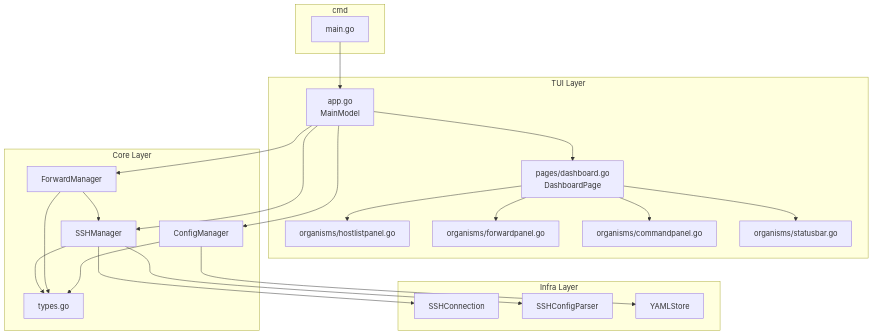
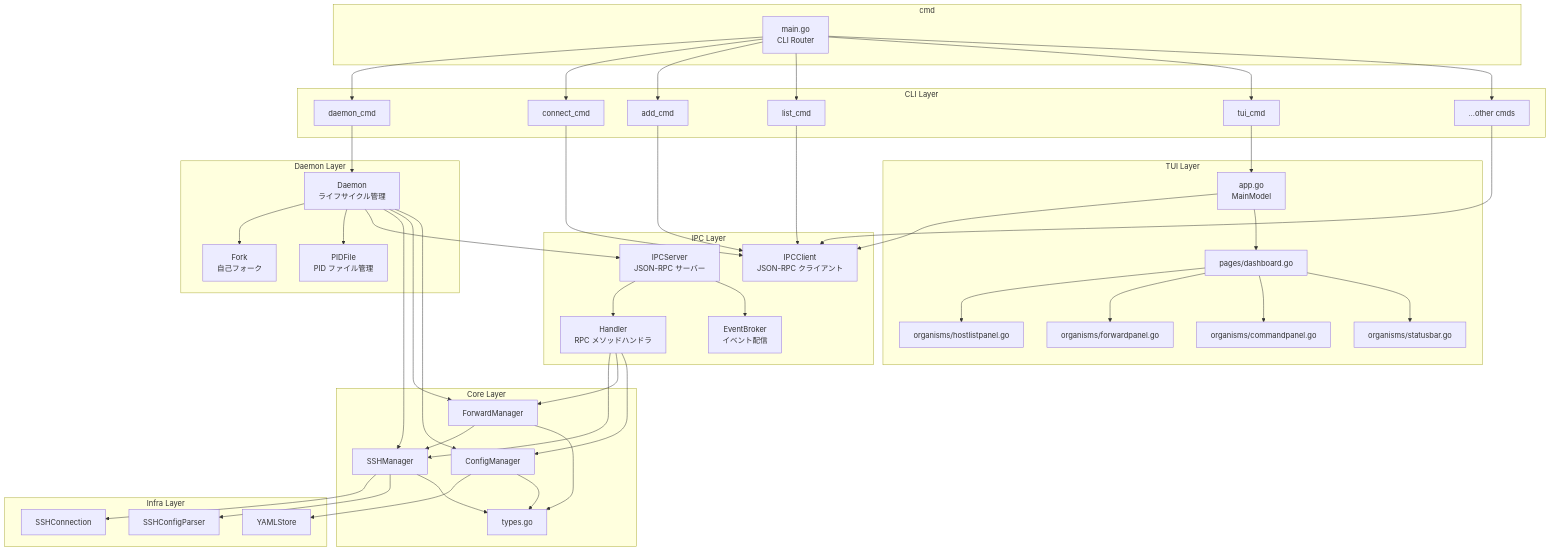
Before and after one commit to ousiassllc/MolePort: the first of 5 diagrams in docs/components/overview.md, drawn with Mermaid. The commit also changed other lines of this file, not shown here.

Commit message:
docs: コンポーネント設計にDaemon/IPC/CLI Layerを追加

````diff
--- a/docs/components/overview.md
+++ b/docs/components/overview.md
@@ -9,12 +9,34 @@
 ```mermaid
 graph TD
     subgraph "cmd"
-        Main["main.go"]
+        Main["main.go<br/>CLI Router"]
+    end
+
+    subgraph "Daemon Layer"
+        DaemonProc["Daemon<br/>ライフサイクル管理"]
+        PIDFile["PIDFile<br/>PID ファイル管理"]
+        Fork["Fork<br/>自己フォーク"]
+    end
+
+    subgraph "IPC Layer"
+        IPCSrv["IPCServer<br/>JSON-RPC サーバー"]
+        IPCCli["IPCClient<br/>JSON-RPC クライアント"]
+        Handler["Handler<br/>RPC メソッドハンドラ"]
+        Broker["EventBroker<br/>イベント配信"]
+    end
+
+    subgraph "CLI Layer"
+        DaemonCmd["daemon_cmd"]
+        ConnectCmd["connect_cmd"]
+        AddCmd["add_cmd"]
+        ListCmd["list_cmd"]
+        TUICmd["tui_cmd"]
+        OtherCmd["...other cmds"]
     end
 
     subgraph "TUI Layer"
         App["app.go<br/>MainModel"]
-        Dashboard["pages/dashboard.go<br/>DashboardPage"]
+        Dashboard["pages/dashboard.go"]
         HLP["organisms/hostlistpanel.go"]
         FP["organisms/forwardpanel.go"]
         CP["organisms/commandpanel.go"]
@@ -34,16 +56,39 @@
         Store["YAMLStore"]
     end
 
-    Main --> App
+    Main --> DaemonCmd
+    Main --> ConnectCmd
+    Main --> AddCmd
+    Main --> ListCmd
+    Main --> TUICmd
+    Main --> OtherCmd
+
+    DaemonCmd --> DaemonProc
+    DaemonProc --> Fork
+    DaemonProc --> PIDFile
+    DaemonProc --> IPCSrv
+    DaemonProc --> SSH
+    DaemonProc --> Fwd
+    DaemonProc --> Cfg
+
+    ConnectCmd --> IPCCli
+    AddCmd --> IPCCli
+    ListCmd --> IPCCli
+    OtherCmd --> IPCCli
+
+    TUICmd --> App
+    App --> IPCCli
     App --> Dashboard
-    App --> SSH
-    App --> Fwd
-    App --> Cfg
-
     Dashboard --> HLP
     Dashboard --> FP
     Dashboard --> CP
     Dashboard --> SB
+
+    IPCSrv --> Handler
+    IPCSrv --> Broker
+    Handler --> SSH
+    Handler --> Fwd
+    Handler --> Cfg
 
     SSH --> Conn
     SSH --> Parser
````
